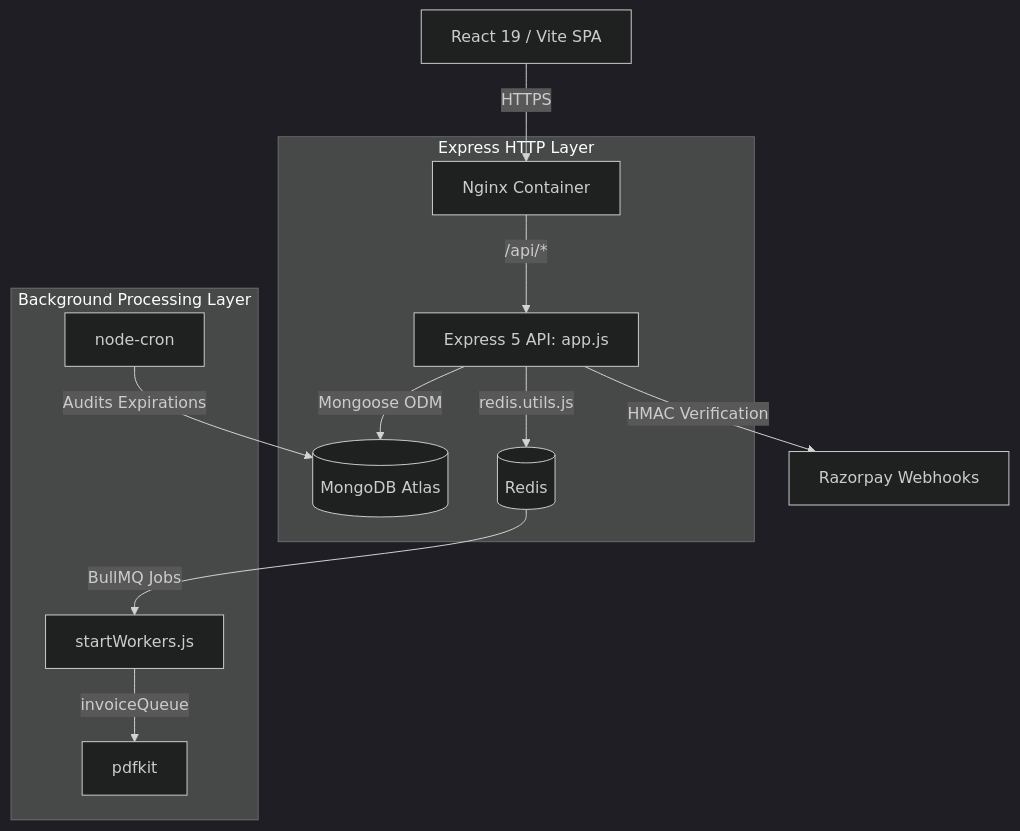
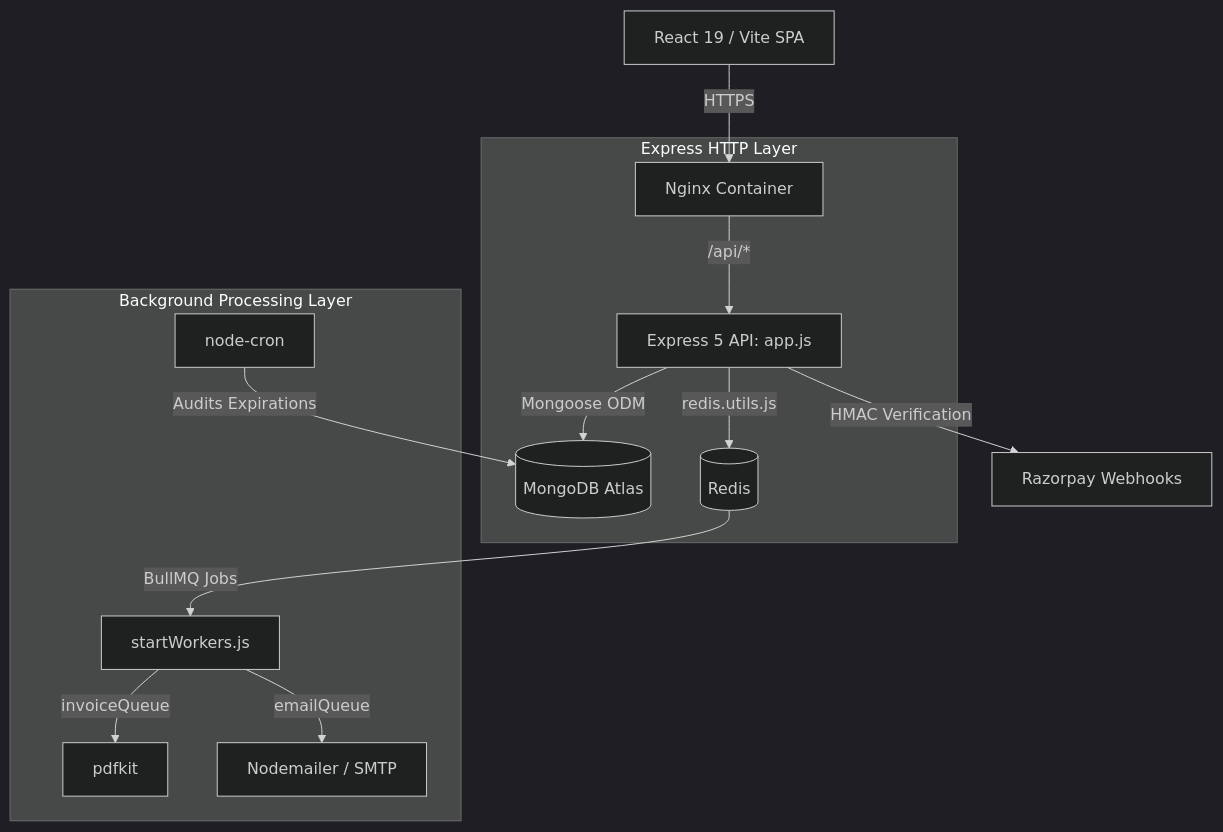
Before and after one commit to snmcodes99/MktHub: the diagram in readme.md, drawn with Mermaid (dark theme). The commit also changed 1 other file, not shown here.

Commit message:
docs: Add Email Service to architecture diagrams

````diff
--- a/readme.md
+++ b/readme.md
@@ -52,18 +52,19 @@
 ```mermaid
 graph TD
     Client[React 19 / Vite SPA] -->|HTTPS| Proxy[Nginx Container]
     
     subgraph Express HTTP Layer
         Proxy -->|/api/*| API[Express 5 API: app.js]
         API -->|Mongoose ODM| DB[(MongoDB Atlas)]
         API -->|redis.utils.js| Cache[(Redis)]
     end
     
     subgraph Background Processing Layer
         Cache -->|BullMQ Jobs| Workers[startWorkers.js]
         Workers -->|invoiceQueue| PDF[pdfkit]
+        Workers -->|emailQueue| SMTP[Nodemailer / SMTP]
         Cron[node-cron] -->|Audits Expirations| DB
     end
 
     API -->|HMAC Verification| Razorpay[Razorpay Webhooks]
 ```
````
